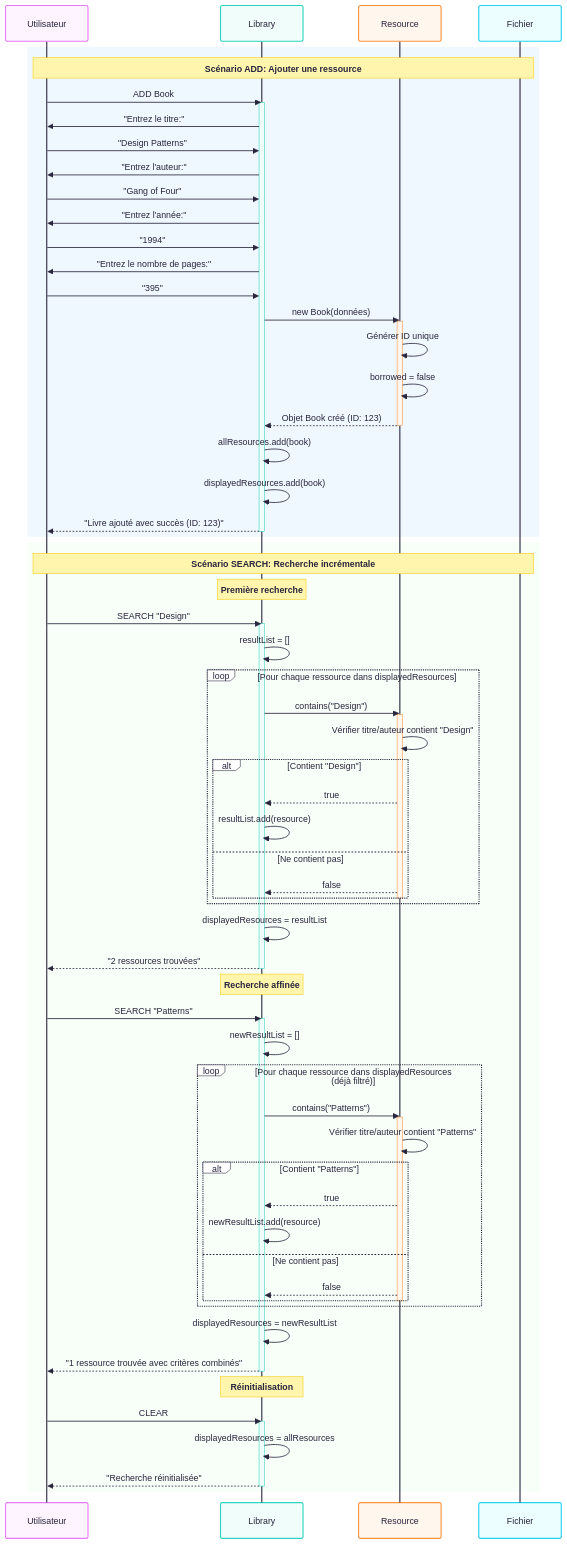
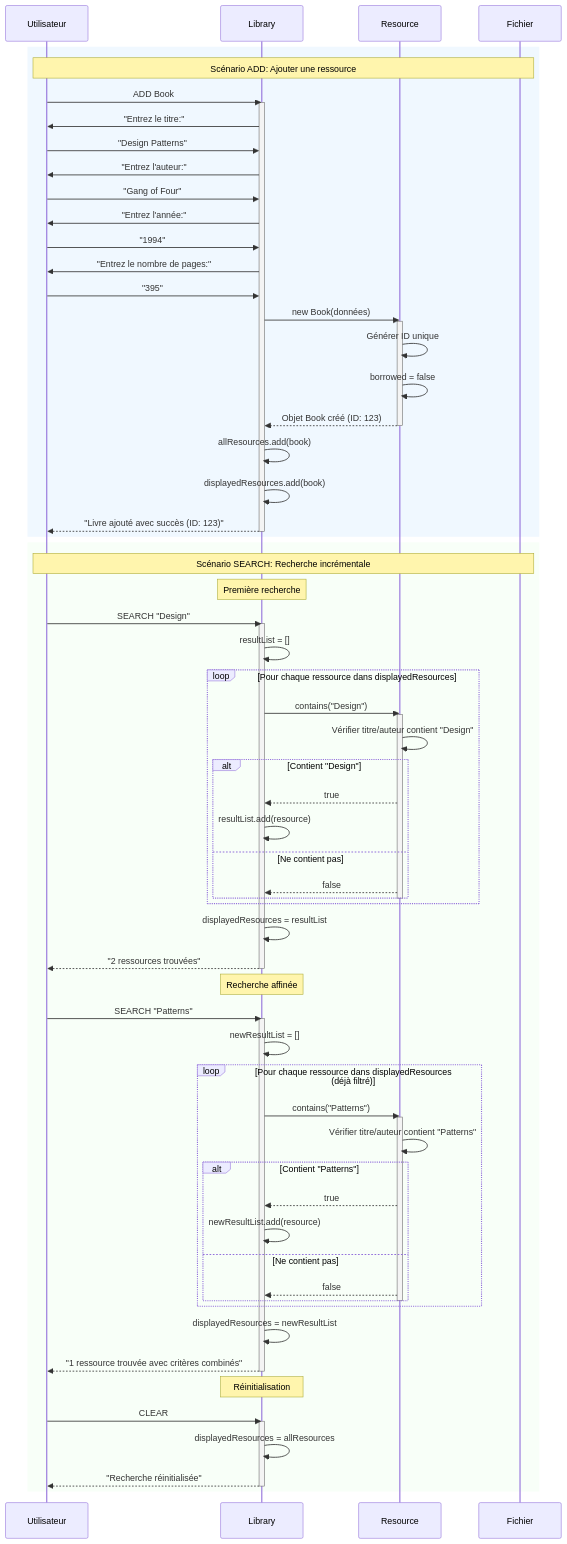
One commit to eloiseLBC/projetCpp changed the third of 3 diagrams in README.md. Above: the diagram before and after it, drawn with Mermaid. The commit also changed other lines of this file, not shown here.

````diff
--- a/README.md
+++ b/README.md
@@ -141,7 +145,8 @@
 ```mermaid
 ---
 config:
-  theme: redux-color
+theme: neo
+look: neo
 ---
 sequenceDiagram
 participant Utilisateur
````
